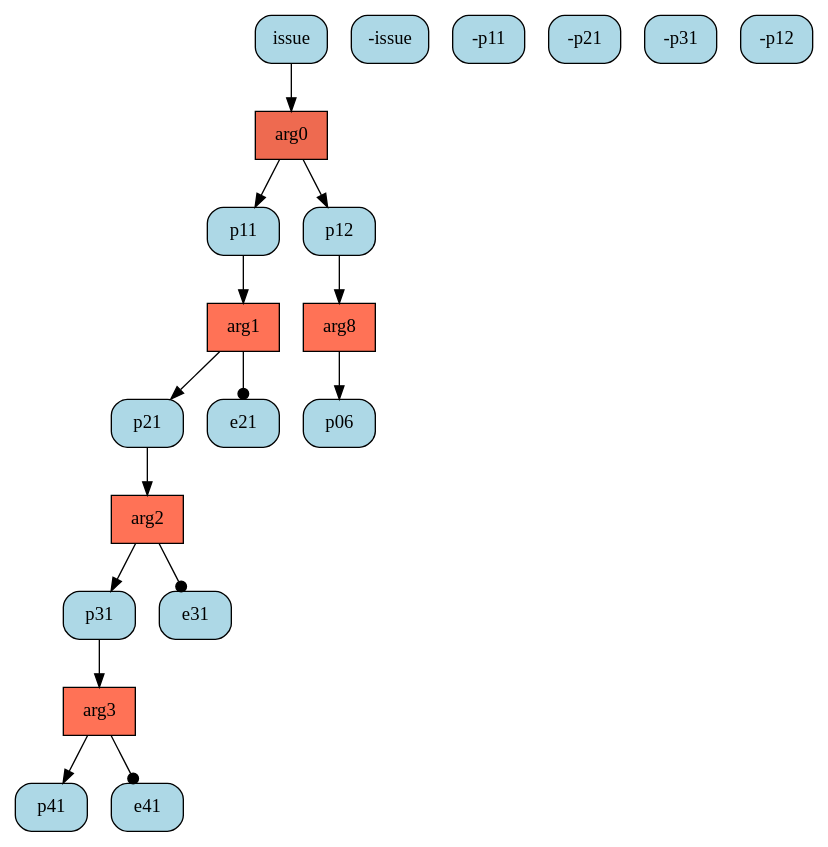
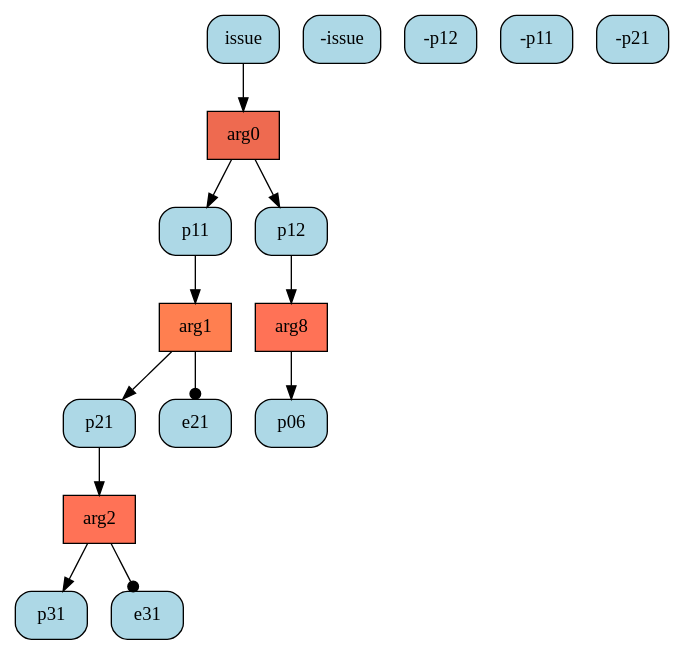
One commit to goweiting/carneades-ext changed the diagram in system/dot/deep1vs1/1_0-4.dot. Above: the diagram before and after it, drawn with Graphviz. The commit also changed 62 other files, not shown here.

```diff
--- a/system/dot/deep1vs1/1_0-4.dot
+++ b/system/dot/deep1vs1/1_0-4.dot
@@ -1,36 +1,29 @@
 digraph G{ 
 "arg0" [color="black", fillcolor="coral2",fixedsize=false, shape=box, style="filled"]; 
 "issue" [color="black", fillcolor="lightblue", fixedsize=false,  shape="box", style="rounded,filled"]; 
 "-issue" [color="black", fillcolor="lightblue", fixedsize=false,  shape="box", style="rounded,filled"]; 
 "p11" [color="black", fillcolor="lightblue", fixedsize=false,  shape="box", style="rounded,filled"]; 
 "p12" [color="black", fillcolor="lightblue", fixedsize=false,  shape="box", style="rounded,filled"]; 
-"arg1" [color="black", fillcolor="coral1",fixedsize=false, shape=box, style="filled"]; 
+"arg8" [color="black", fillcolor="coral1",fixedsize=false, shape=box, style="filled"]; 
+"-p12" [color="black", fillcolor="lightblue", fixedsize=false,  shape="box", style="rounded,filled"]; 
+"p06" [color="black", fillcolor="lightblue", fixedsize=false,  shape="box", style="rounded,filled"]; 
+"arg1" [color="black", fillcolor="coral",fixedsize=false, shape=box, style="filled"]; 
 "-p11" [color="black", fillcolor="lightblue", fixedsize=false,  shape="box", style="rounded,filled"]; 
 "p21" [color="black", fillcolor="lightblue", fixedsize=false,  shape="box", style="rounded,filled"]; 
 "e21" [color="black", fillcolor="lightblue", fixedsize=false,  shape="box", style="rounded,filled"]; 
 "arg2" [color="black", fillcolor="coral1",fixedsize=false, shape=box, style="filled"]; 
 "-p21" [color="black", fillcolor="lightblue", fixedsize=false,  shape="box", style="rounded,filled"]; 
 "p31" [color="black", fillcolor="lightblue", fixedsize=false,  shape="box", style="rounded,filled"]; 
 "e31" [color="black", fillcolor="lightblue", fixedsize=false,  shape="box", style="rounded,filled"]; 
-"arg3" [color="black", fillcolor="coral1",fixedsize=false, shape=box, style="filled"]; 
-"-p31" [color="black", fillcolor="lightblue", fixedsize=false,  shape="box", style="rounded,filled"]; 
-"p41" [color="black", fillcolor="lightblue", fixedsize=false,  shape="box", style="rounded,filled"]; 
-"e41" [color="black", fillcolor="lightblue", fixedsize=false,  shape="box", style="rounded,filled"]; 
-"arg8" [color="black", fillcolor="coral1",fixedsize=false, shape=box, style="filled"]; 
-"-p12" [color="black", fillcolor="lightblue", fixedsize=false,  shape="box", style="rounded,filled"]; 
-"p06" [color="black", fillcolor="lightblue", fixedsize=false,  shape="box", style="rounded,filled"]; 
 "issue" -> "arg0" ; 
 "arg0" -> "p11" ; 
 "arg0" -> "p12" ; 
+"p12" -> "arg8" ; 
+"arg8" -> "p06" ; 
 "p11" -> "arg1" ; 
 "arg1" -> "p21" ; 
 "arg1" -> "e21" [arrowhead=dot] ; 
 "p21" -> "arg2" ; 
 "arg2" -> "p31" ; 
 "arg2" -> "e31" [arrowhead=dot] ; 
-"p31" -> "arg3" ; 
-"arg3" -> "p41" ; 
-"arg3" -> "e41" [arrowhead=dot] ; 
-"p12" -> "arg8" ; 
-"arg8" -> "p06" ; 
 }
```
